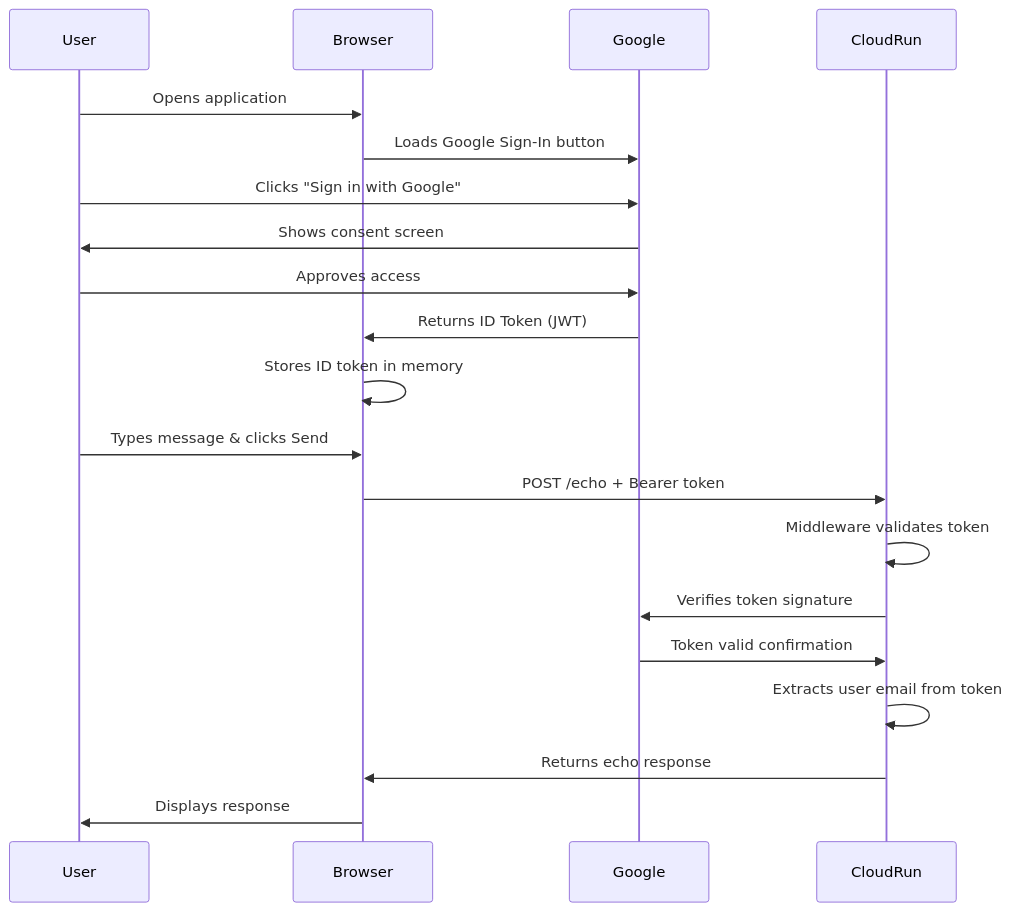
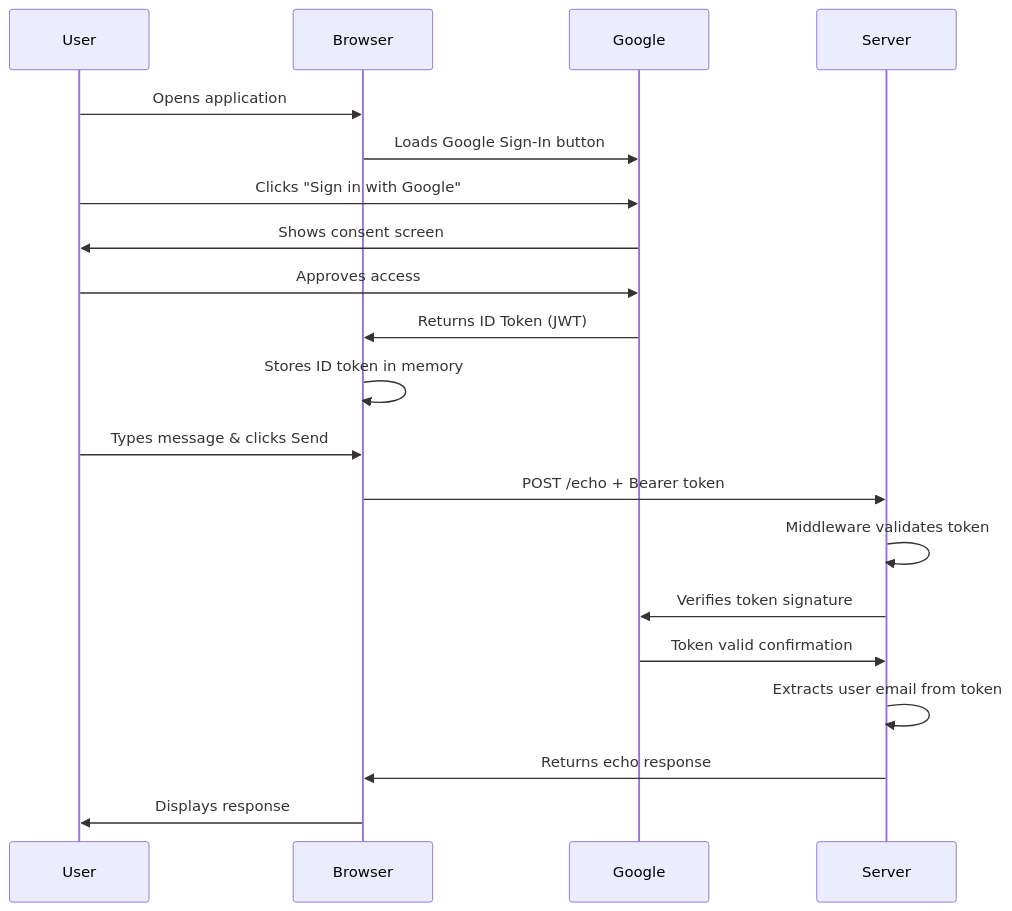
One commit to GoogleCloudPlatform/specialized-training-content changed the first of 4 diagrams in courses/build_production_ready_agents/ch5_demos/auth/fastapi_app_auth/README.md. Above: the diagram before and after it, drawn with Mermaid. The commit also changed other lines of this file and 6 other files, not shown here.

````diff
--- a/courses/build_production_ready_agents/ch5_demos/auth/fastapi_app_auth/README.md
+++ b/courses/build_production_ready_agents/ch5_demos/auth/fastapi_app_auth/README.md
@@ -34,23 +106,23 @@
 ```mermaid
 sequenceDiagram
     participant User
     participant Browser
     participant Google
-    participant CloudRun
+    participant Server
     
     User->>Browser: Opens application
     Browser->>Google: Loads Google Sign-In button
     User->>Google: Clicks "Sign in with Google"
     Google->>User: Shows consent screen
     User->>Google: Approves access
     Google->>Browser: Returns ID Token (JWT)
     Browser->>Browser: Stores ID token in memory
     User->>Browser: Types message & clicks Send
-    Browser->>CloudRun: POST /echo + Bearer token
-    CloudRun->>CloudRun: Middleware validates token
-    CloudRun->>Google: Verifies token signature
-    Google->>CloudRun: Token valid confirmation
-    CloudRun->>CloudRun: Extracts user email from token
-    CloudRun->>Browser: Returns echo response
+    Browser->>Server: POST /echo + Bearer token
+    Server->>Server: Middleware validates token
+    Server->>Google: Verifies token signature
+    Google->>Server: Token valid confirmation
+    Server->>Server: Extracts user email from token
+    Server->>Browser: Returns echo response
     Browser->>User: Displays response
 ```
````
